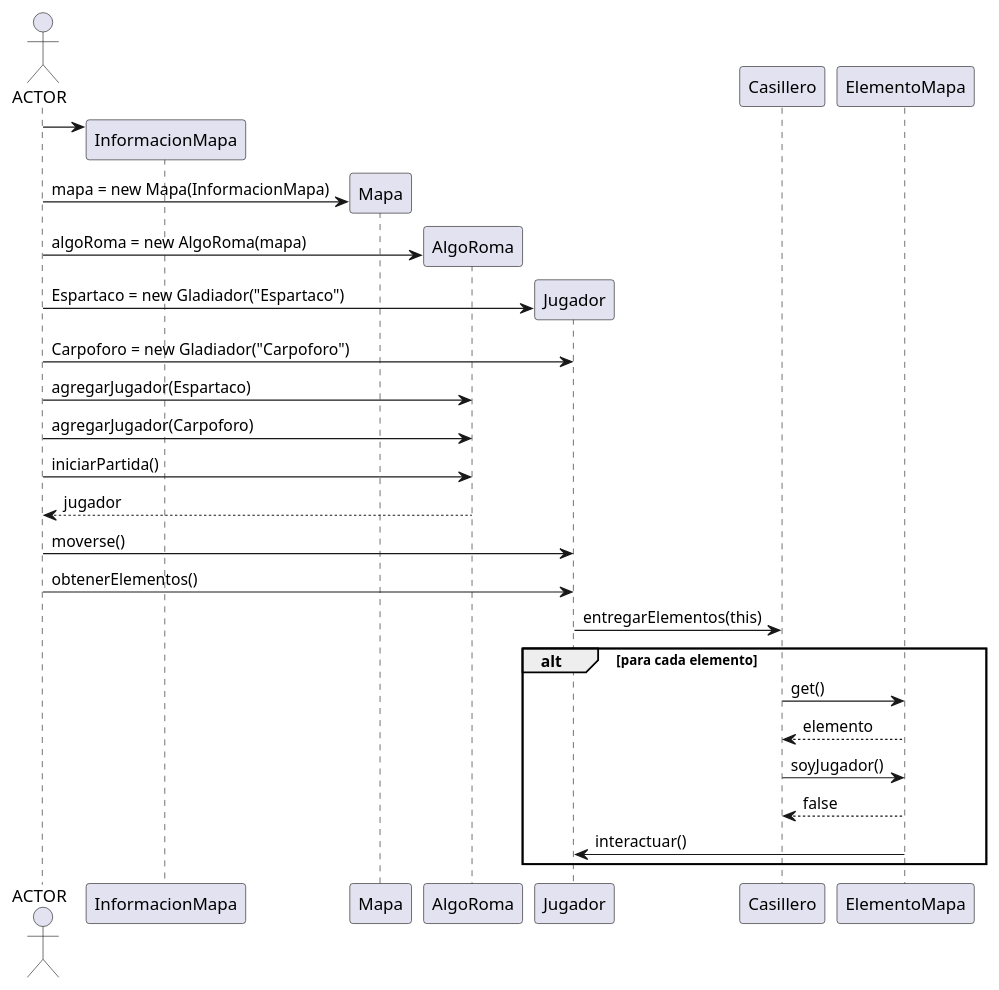
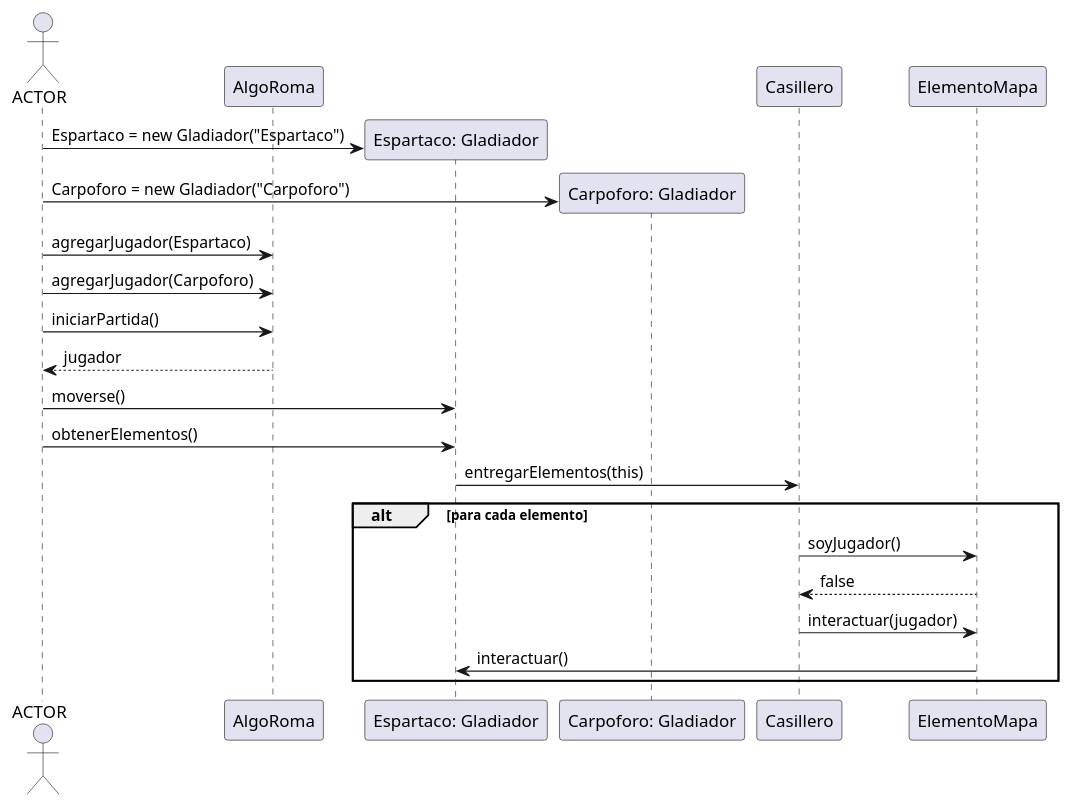
The diagram in diagrams/sequences/003JugadorObtieneElementos.puml (CrissRMFI/TP2-AlgoIII), drawn with PlantUML before and after one commit. The commit also changed 16 other files, not shown here.

Commit message:
Agregamos Diagramas de secuencia

```diff
--- a/diagrams/sequences/003JugadorObtieneElementos.puml
+++ b/diagrams/sequences/003JugadorObtieneElementos.puml
@@ -1,41 +1,35 @@
 @startuml
 
 actor ACTOR
-create InformacionMapa
+participant AlgoRoma
+participant Jugador1 as "Espartaco: Gladiador"
+participant Jugador2 as "Carpoforo: Gladiador"
 
-ACTOR -> InformacionMapa
-create Mapa
-ACTOR -> Mapa: mapa = new Mapa(InformacionMapa)
+create Jugador1
+ACTOR -> Jugador1: Espartaco = new Gladiador("Espartaco")
+create Jugador2
+ACTOR -> Jugador2: Carpoforo = new Gladiador("Carpoforo")
 
-Create AlgoRoma
-ACTOR -> AlgoRoma: algoRoma = new AlgoRoma(mapa)
-
-
-create Jugador
-
-ACTOR -> Jugador: Espartaco = new Gladiador("Espartaco")
-ACTOR -> Jugador: Carpoforo = new Gladiador("Carpoforo")
 
 ACTOR -> AlgoRoma: agregarJugador(Espartaco)
 ACTOR -> AlgoRoma: agregarJugador(Carpoforo)
 
 
 ACTOR -> AlgoRoma: iniciarPartida()
 AlgoRoma --> ACTOR: jugador
 
-ACTOR -> Jugador: moverse()
+ACTOR -> Jugador1: moverse()
 
-ACTOR -> Jugador: obtenerElementos()
+ACTOR -> Jugador1: obtenerElementos()
 
-Jugador -> Casillero: entregarElementos(this)
+Jugador1 -> Casillero: entregarElementos(this)
 
 alt para cada elemento
-    Casillero -> ElementoMapa: get()
-    ElementoMapa --> Casillero: elemento
     Casillero -> ElementoMapa: soyJugador()
     ElementoMapa --> Casillero: false
-    ElementoMapa -> Jugador: interactuar()
+    Casillero -> ElementoMapa: interactuar(jugador)
+    ElementoMapa -> Jugador1: interactuar()
 
 end
 
 @enduml
```
